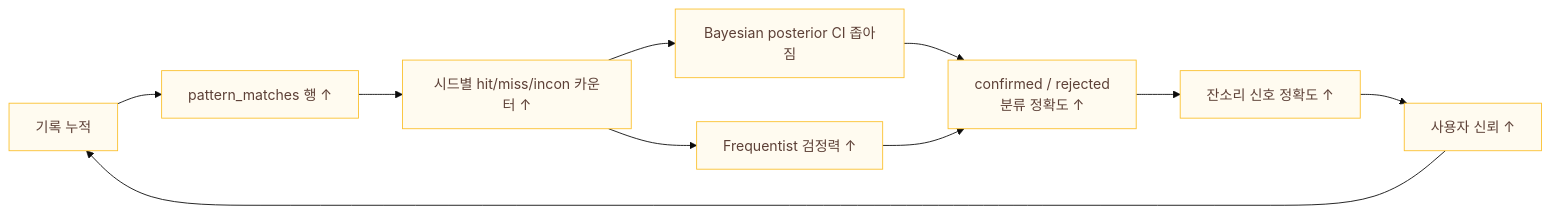
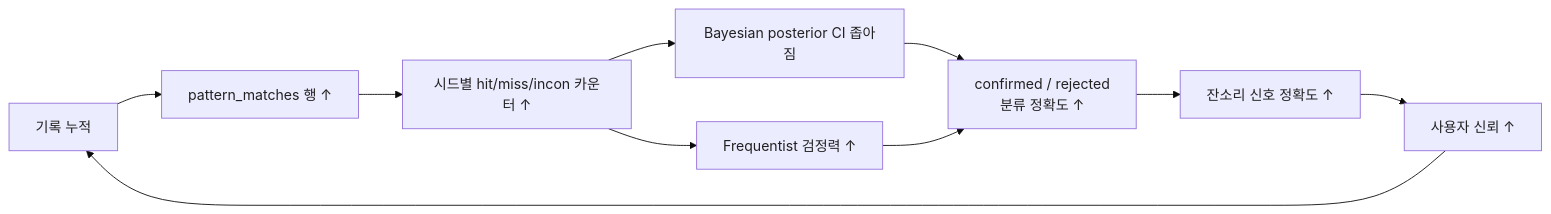
The ninth of 9 diagrams in docs/explainers/insight-v2.md (hyewon3938/slack-ai-agents), drawn with Mermaid (base theme) before and after one commit. The commit also changed other lines of this file, not shown here.

````diff
--- a/docs/explainers/insight-v2.md
+++ b/docs/explainers/insight-v2.md
@@ -469,15 +470,15 @@
 ```mermaid
 flowchart LR
   A["기록 누적"] --> B["pattern_matches 행 ↑"]
   B --> C["시드별 hit/miss/incon 카운터 ↑"]
   C --> D["Bayesian posterior CI 좁아짐"]
   C --> E["Frequentist 검정력 ↑"]
   D --> F["confirmed / rejected<br/>분류 정확도 ↑"]
   E --> F
   F --> G["잔소리 신호 정확도 ↑"]
   G --> H["사용자 신뢰 ↑"]
   H --> A
 
-  classDef flowNode fill:#fffbf0,stroke:#fbc02d,color:#5d4037
-  class A,B,C,D,E,F,G,H flowNode
+  classDef flowBox fill:#ECECFF,stroke:#9370DB,color:#212121
+  class A,B,C,D,E,F,G,H flowBox
 ```
````
